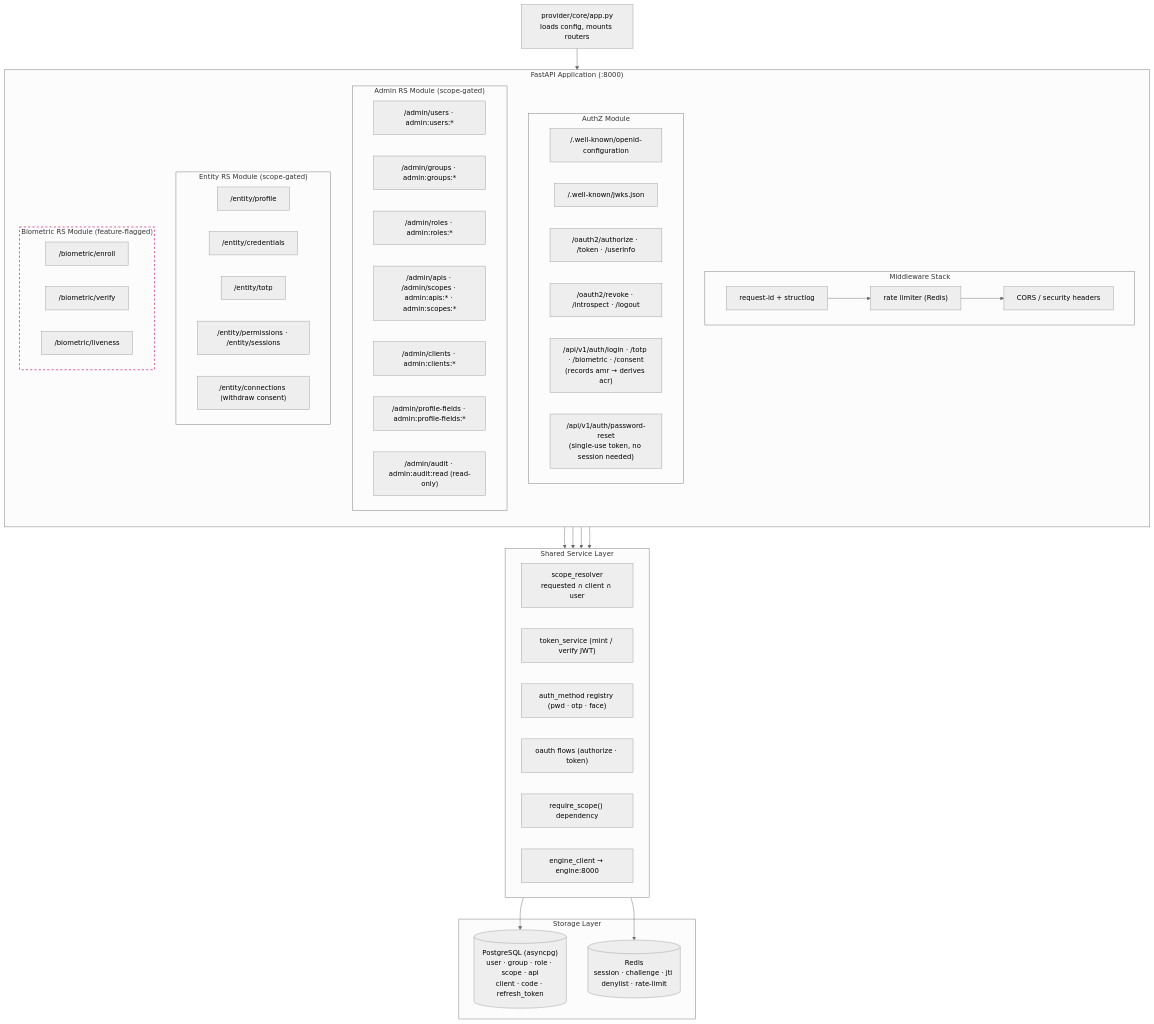
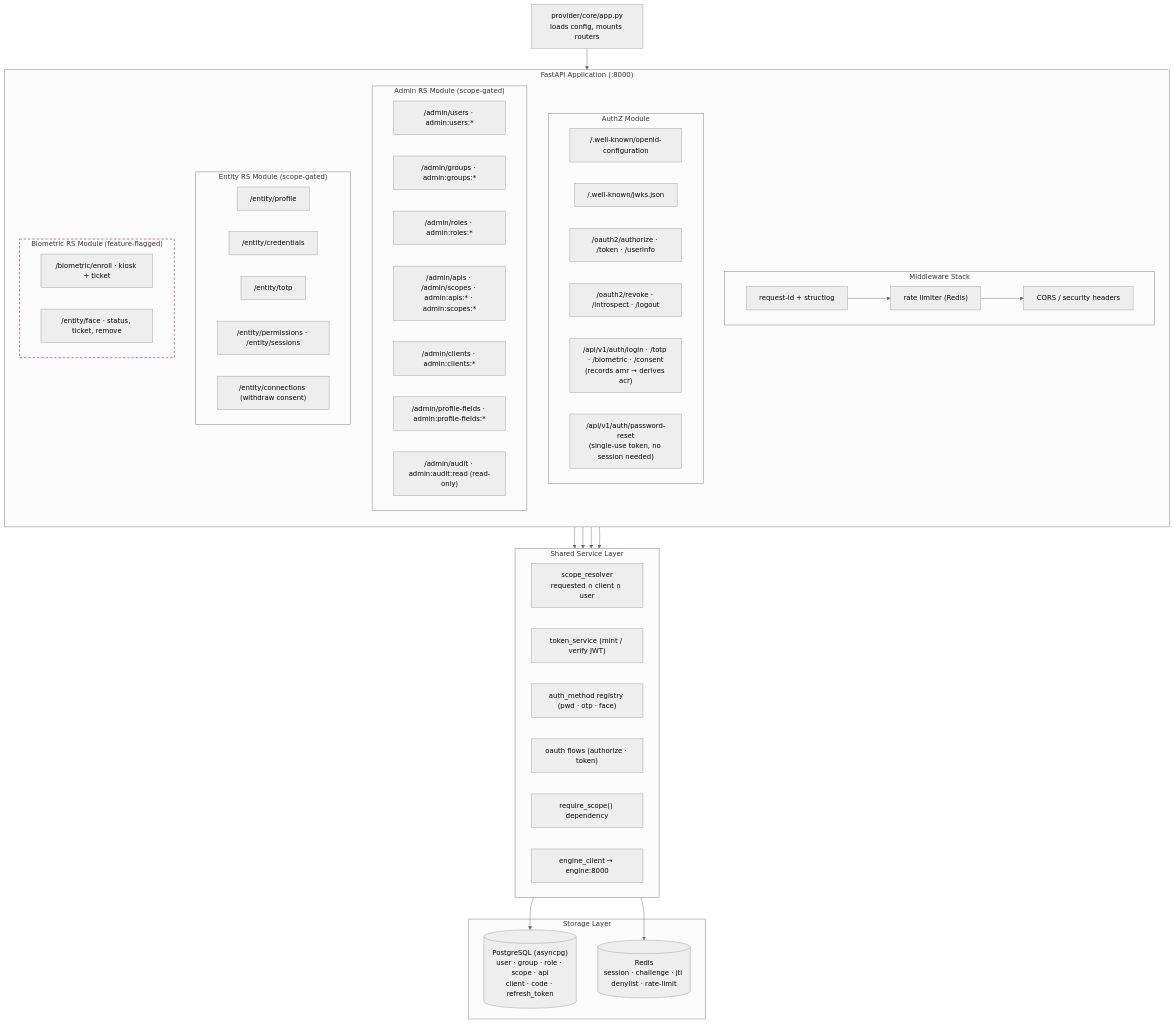
The sixth of 7 diagrams in README.md (Project-IDEN/iden), drawn with Mermaid (neutral theme) before and after one commit. The commit also changed other lines of this file and 22 other files, not shown here.

````diff
--- a/README.md
+++ b/README.md
@@ -477,69 +481,68 @@
 ```mermaid
 flowchart TB
   Entry["provider/core/app.py<br/>loads config, mounts routers"]
 
   subgraph App["FastAPI Application (:8000)"]
     direction TB
 
     subgraph Middleware["Middleware Stack"]
       MW1["request-id + structlog"] --> MW2["rate limiter (Redis)"] --> MW3["CORS / security headers"]
     end
 
     subgraph AuthZMod["AuthZ Module"]
       AZ1["/.well-known/openid-configuration"]
       AZ2["/.well-known/jwks.json"]
       AZ3["/oauth2/authorize · /token · /userinfo"]
       AZ4["/oauth2/revoke · /introspect · /logout"]
       AZ5["/api/v1/auth/login · /totp · /biometric · /consent<br/>(records amr → derives acr)"]
       AZ6["/api/v1/auth/password-reset<br/>(single-use token, no session needed)"]
     end
 
     subgraph AdminMod["Admin RS Module (scope-gated)"]
       AD1["/admin/users · admin:users:*"]
       AD2["/admin/groups · admin:groups:*"]
       AD3["/admin/roles · admin:roles:*"]
       AD4["/admin/apis · /admin/scopes · admin:apis:* · admin:scopes:*"]
       AD5["/admin/clients · admin:clients:*"]
       AD6["/admin/profile-fields · admin:profile-fields:*"]
       AD7["/admin/audit · admin:audit:read ⟮read-only⟯"]
     end
 
     subgraph EntityMod["Entity RS Module (scope-gated)"]
       EN1["/entity/profile"]
       EN2["/entity/credentials"]
       EN3["/entity/totp"]
       EN4["/entity/permissions · /entity/sessions"]
       EN5["/entity/connections ⟮withdraw consent⟯"]
     end
 
     subgraph BioMod["Biometric RS Module ⟮feature-flagged⟯"]
-      BI1["/biometric/enroll"]
-      BI2["/biometric/verify"]
-      BI3["/biometric/liveness"]
+      BI1["/biometric/enroll · kiosk + ticket"]
+      BI2["/entity/face · status, ticket, remove"]
     end
   end
 
   subgraph Shared["Shared Service Layer"]
     SV1["scope_resolver<br/>requested ∩ client ∩ user"]
     SV2["token_service (mint / verify JWT)"]
     SV3["auth_method registry (pwd · otp · face)"]
     SV4["oauth flows (authorize · token)"]
     SV5["require_scope() dependency"]
     SV6["engine_client → engine:8000"]
   end
 
   subgraph Storage["Storage Layer"]
     PG[("PostgreSQL (asyncpg)<br/>user · group · role · scope · api<br/>client · code · refresh_token")]
     RD[("Redis<br/>session · challenge · jti denylist · rate-limit")]
   end
 
   Entry --> App
   AuthZMod --> Shared
   AdminMod --> Shared
   EntityMod --> Shared
   BioMod --> Shared
   Shared --> PG
   Shared --> RD
 
   style BioMod stroke:#d94a90,stroke-width:2px,stroke-dasharray: 5 5
 ```
````
